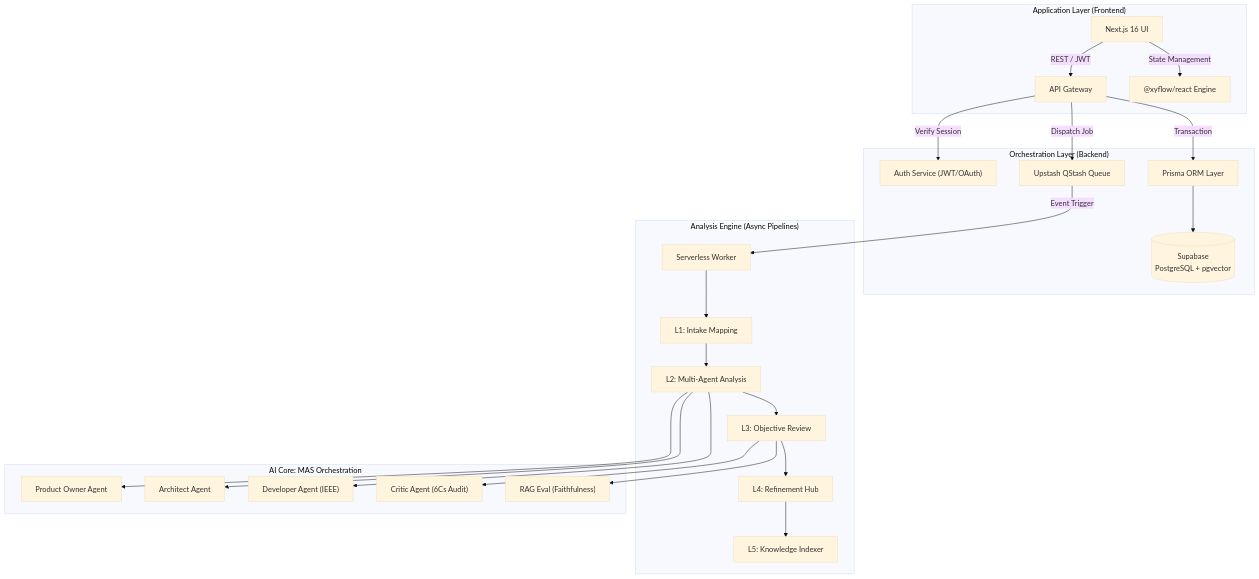
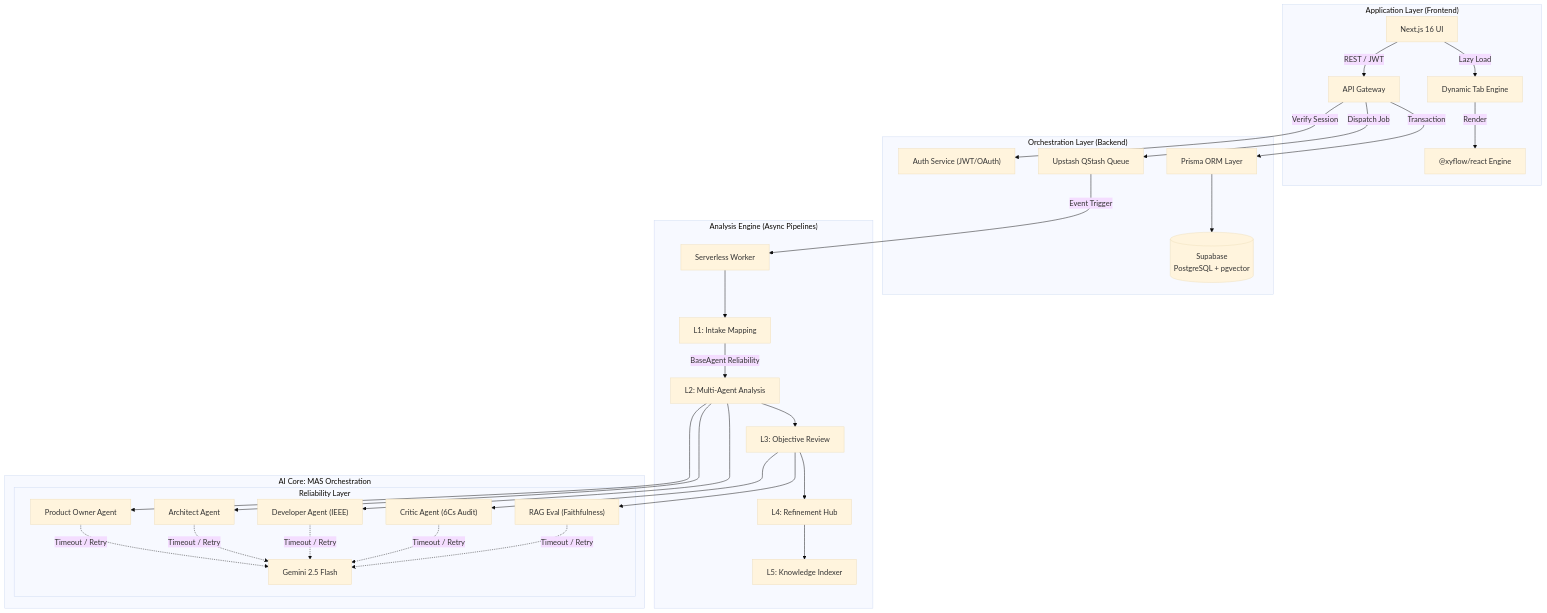
Before and after one commit to Aniket-a14/SRA: the diagram in ARCHITECTURE.md, drawn with Mermaid (base theme). The commit also changed other lines of this file and 5 other files, not shown here.

Commit message:
feat: Implement AI reliability layer with timeouts and retries, enhance frontend performance with dynamic imports, and establish initial backend/frontend project structure.

````diff
--- a/ARCHITECTURE.md
+++ b/ARCHITECTURE.md
@@ -13,31 +13,36 @@
 ```mermaid
 graph TD
     subgraph "Application Layer (Frontend)"
         UI["Next.js 16 UI"] -->|REST / JWT| Gateway["API Gateway"]
-        UI -->|State Management| ReactFlow["@xyflow/react Engine"]
+        UI -->|Lazy Load| DynamicTabs["Dynamic Tab Engine"]
+        DynamicTabs -->|Render| ReactFlow["@xyflow/react Engine"]
     end
 
     subgraph "Orchestration Layer (Backend)"
         Gateway -->|Verify Session| Auth["Auth Service (JWT/OAuth)"]
         Gateway -->|Transaction| Prisma["Prisma ORM Layer"]
         Prisma --> DB[(Supabase <br/> PostgreSQL + pgvector)]
         Gateway -->|Dispatch Job| QStash["Upstash QStash Queue"]
     end
 
     subgraph "Analysis Engine (Async Pipelines)"
         QStash -->|Event Trigger| Worker["Serverless Worker"]
         Worker --> P1["L1: Intake Mapping"]
-        P1 --> P2["L2: Multi-Agent Analysis"]
+        P1 -->|BaseAgent Reliability| P2["L2: Multi-Agent Analysis"]
         P2 --> P3["L3: Objective Review"]
         P3 --> P4["L4: Refinement Hub"]
         P4 --> P5["L5: Knowledge Indexer"]
     end
 
     subgraph "AI Core: MAS Orchestration"
         P2 --> PO["Product Owner Agent"]
         P2 --> Arch["Architect Agent"]
         P2 --> Dev["Developer Agent (IEEE)"]
         P3 --> Critic["Critic Agent (6Cs Audit)"]
         P3 --> Eval["RAG Eval (Faithfulness)"]
+        
+        subgraph "Reliability Layer"
+            PO & Arch & Dev & Critic & Eval -.->|Timeout / Retry| LLM[Gemini 2.5 Flash]
+        end
     end
 ```
````
